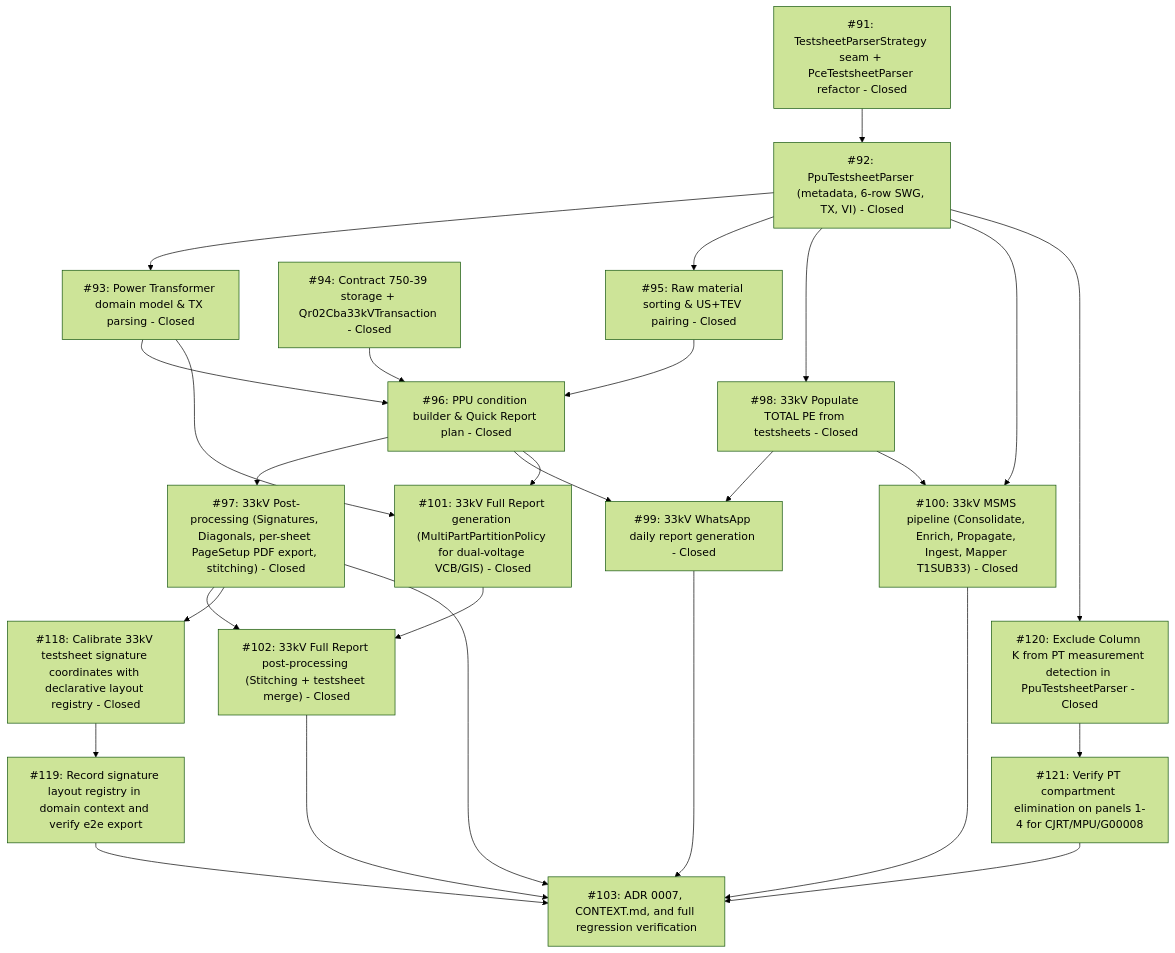
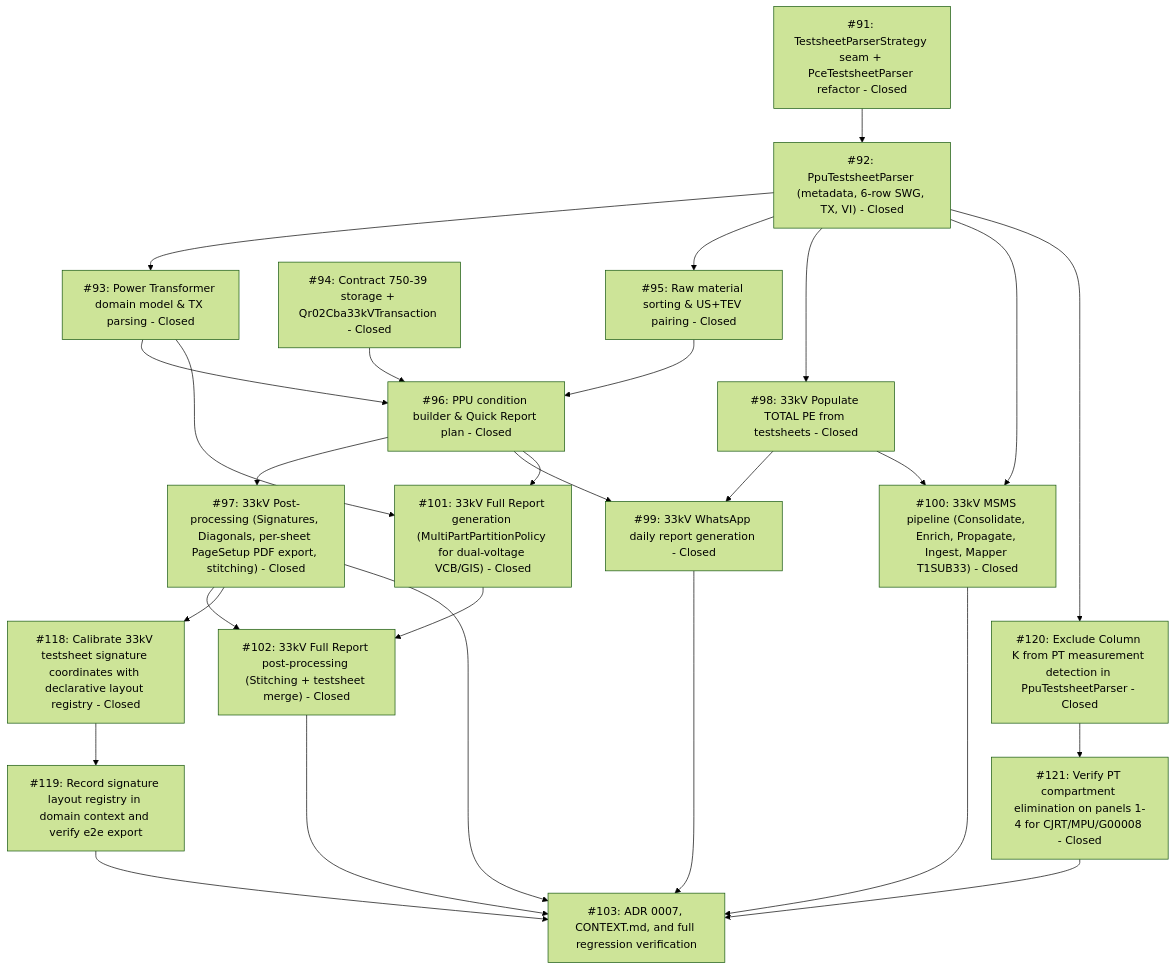
Before and after one commit to adamlarGit/pahang-cli: the diagram in .wayfinder/33kv-system-workflow/map.md, drawn with Mermaid (forest theme). The commit also changed other lines of this file and 1 other file, not shown here.

Commit message:
docs(tickets): close ticket #121 in 33kv map

````diff
--- a/.wayfinder/33kv-system-workflow/map.md
+++ b/.wayfinder/33kv-system-workflow/map.md
@@ -55,47 +55,47 @@
 ```mermaid
 graph TD
     T91["#91: TestsheetParserStrategy seam + PceTestsheetParser refactor - Closed"]
     T92["#92: PpuTestsheetParser (metadata, 6-row SWG, TX, VI) - Closed"]
     T93["#93: Power Transformer domain model & TX parsing - Closed"]
     T94["#94: Contract 750-39 storage + Qr02Cba33kVTransaction - Closed"]
     T95["#95: Raw material sorting & US+TEV pairing - Closed"]
     T96["#96: PPU condition builder & Quick Report plan - Closed"]
     T97["#97: 33kV Post-processing (Signatures, Diagonals, per-sheet PageSetup PDF export, stitching) - Closed"]
     T98["#98: 33kV Populate TOTAL PE from testsheets - Closed"]
     T99["#99: 33kV WhatsApp daily report generation - Closed"]
     T100["#100: 33kV MSMS pipeline (Consolidate, Enrich, Propagate, Ingest, Mapper T1SUB33) - Closed"]
     T101["#101: 33kV Full Report generation (MultiPartPartitionPolicy for dual-voltage VCB/GIS) - Closed"]
     T102["#102: 33kV Full Report post-processing (Stitching + testsheet merge) - Closed"]
     T118["#118: Calibrate 33kV testsheet signature coordinates with declarative layout registry - Closed"]
     T119["#119: Record signature layout registry in domain context and verify e2e export"]
     T120["#120: Exclude Column K from PT measurement detection in PpuTestsheetParser - Closed"]
-    T121["#121: Verify PT compartment elimination on panels 1-4 for CJRT/MPU/G00008"]
+    T121["#121: Verify PT compartment elimination on panels 1-4 for CJRT/MPU/G00008 - Closed"]
     T103["#103: ADR 0007, CONTEXT.md, and full regression verification"]
 
     T91 --> T92
     T92 --> T93
     T92 --> T95
     T92 --> T98
     T94 --> T96
     T93 --> T96
     T95 --> T96
     T96 --> T97
     T96 --> T99
     T98 --> T99
     T98 --> T100
     T92 --> T100
     T93 --> T101
     T96 --> T101
     T97 --> T102
     T101 --> T102
     T97 --> T118
     T118 --> T119
     T119 --> T103
     T92 --> T120
     T120 --> T121
     T121 --> T103
     T97 --> T103
     T99 --> T103
     T100 --> T103
     T102 --> T103
 ```
````
